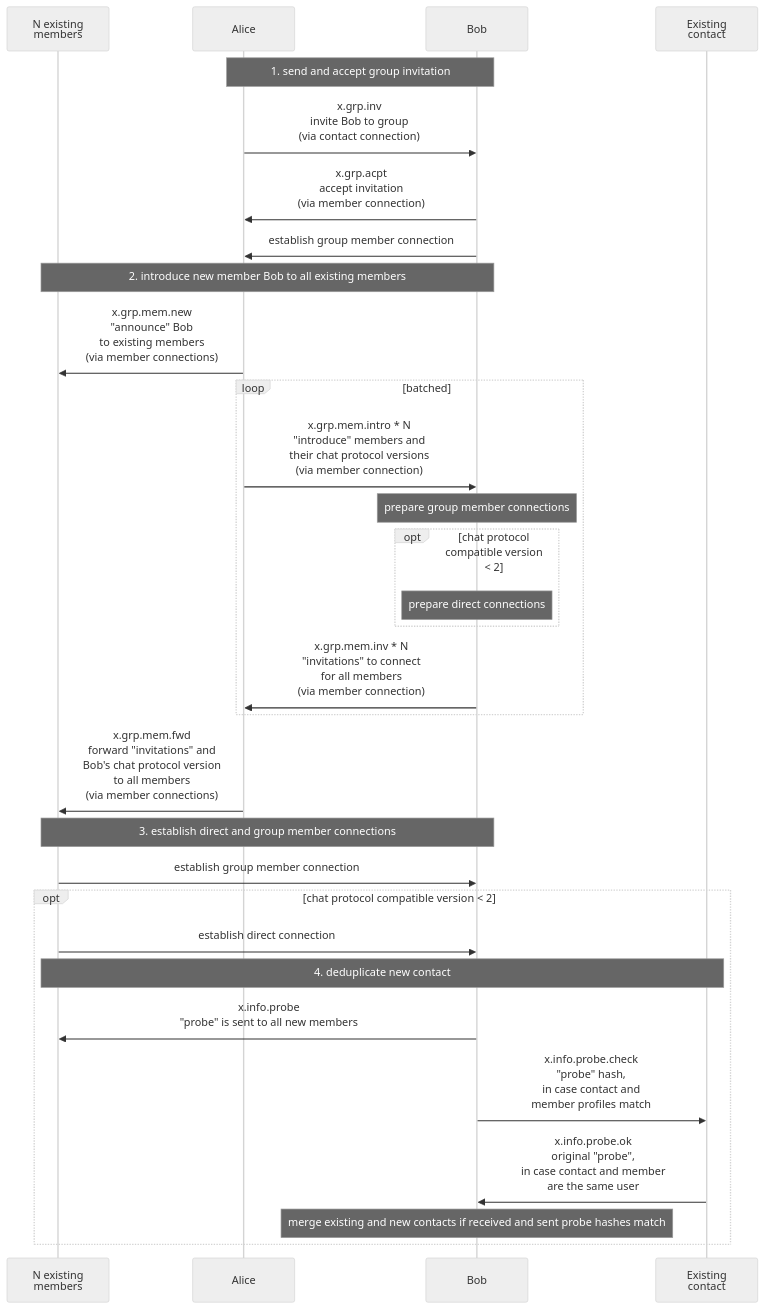
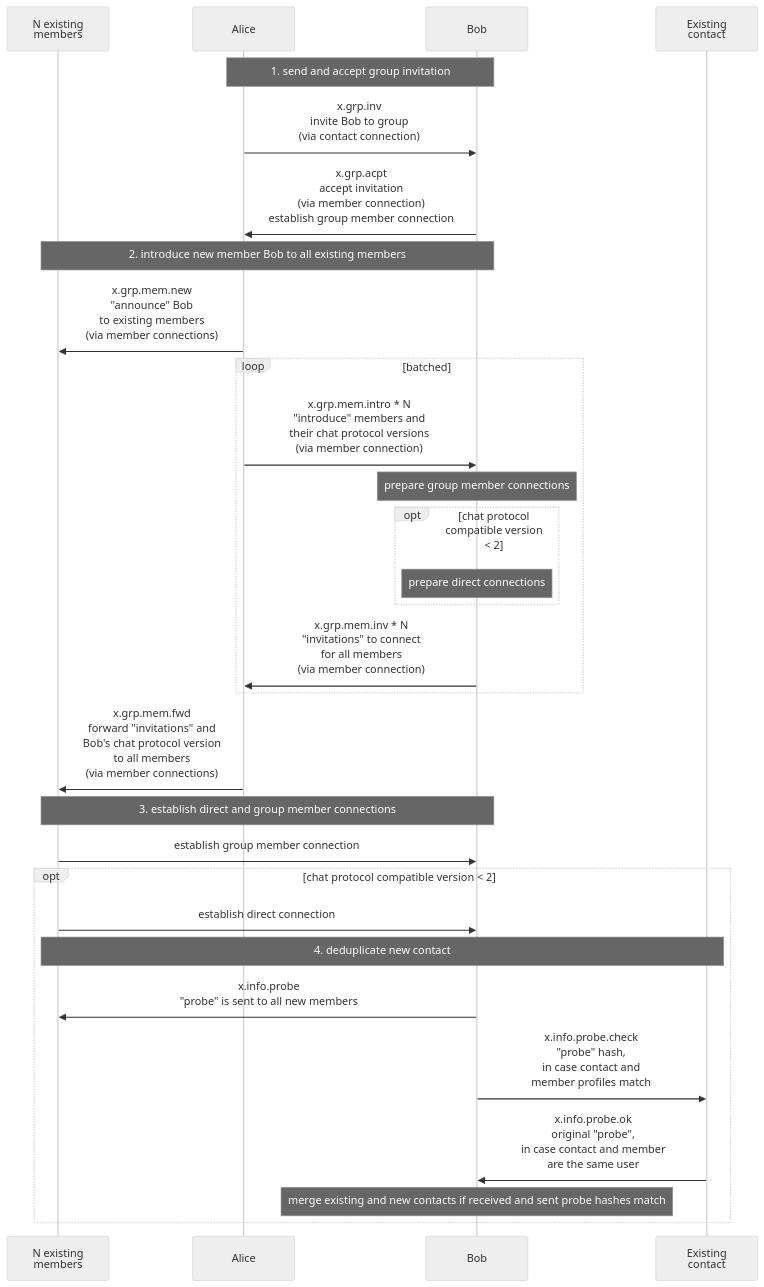
Before and after one commit to simplex-chat/simplex-chat: the diagram in docs/protocol/diagrams/group.mmd, drawn with Mermaid (neutral theme). The commit also changed 1 other file, not shown here.

```diff
--- a/docs/protocol/diagrams/group.mmd
+++ b/docs/protocol/diagrams/group.mmd
@@ -1,34 +1,33 @@
 sequenceDiagram
   participant M as N existing<br>members
   participant A as Alice
   participant B as Bob
   participant C as Existing<br>contact
 
   note over A, B: 1. send and accept group invitation
   A ->> B: x.grp.inv<br>invite Bob to group<br>(via contact connection)
-  B ->> A: x.grp.acpt<br>accept invitation<br>(via member connection)
-  B ->> A: establish group member connection
+  B ->> A: x.grp.acpt<br>accept invitation<br>(via member connection)<br>establish group member connection
 
   note over M, B: 2. introduce new member Bob to all existing members
   A ->> M: x.grp.mem.new<br>"announce" Bob<br>to existing members<br>(via member connections)
   loop batched
     A ->> B: x.grp.mem.intro * N<br>"introduce" members and<br>their chat protocol versions<br>(via member connection)
     note over B: prepare group member connections
     opt chat protocol compatible version < 2
       note over B: prepare direct connections
     end
     B ->> A: x.grp.mem.inv * N<br>"invitations" to connect<br>for all members<br>(via member connection)
   end
   A ->> M: x.grp.mem.fwd<br>forward "invitations" and<br>Bob's chat protocol version<br>to all members<br>(via member connections)
 
   note over M, B: 3. establish direct and group member connections
   M ->> B: establish group member connection
 
   opt chat protocol compatible version < 2
     M ->> B: establish direct connection
     note over M, C: 4. deduplicate new contact
     B ->> M: x.info.probe<br>"probe" is sent to all new members
     B ->> C: x.info.probe.check<br>"probe" hash,<br>in case contact and<br>member profiles match
     C ->> B: x.info.probe.ok<br> original "probe",<br> in case contact and member<br>are the same user
     note over B: merge existing and new contacts if received and sent probe hashes match
   end
```
